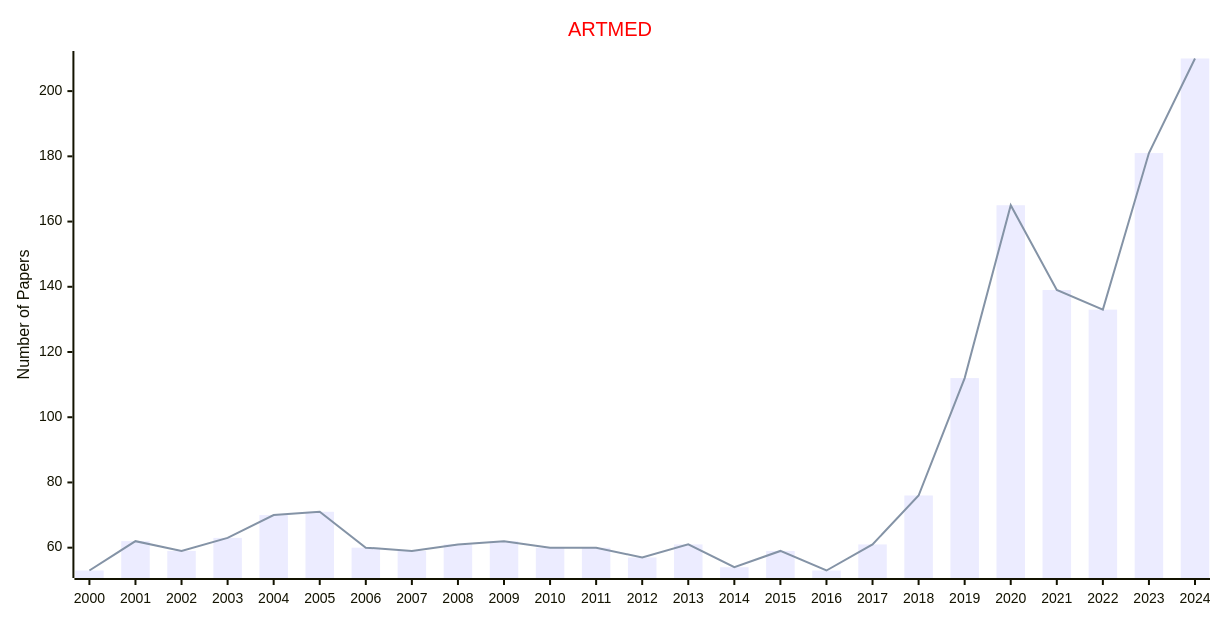
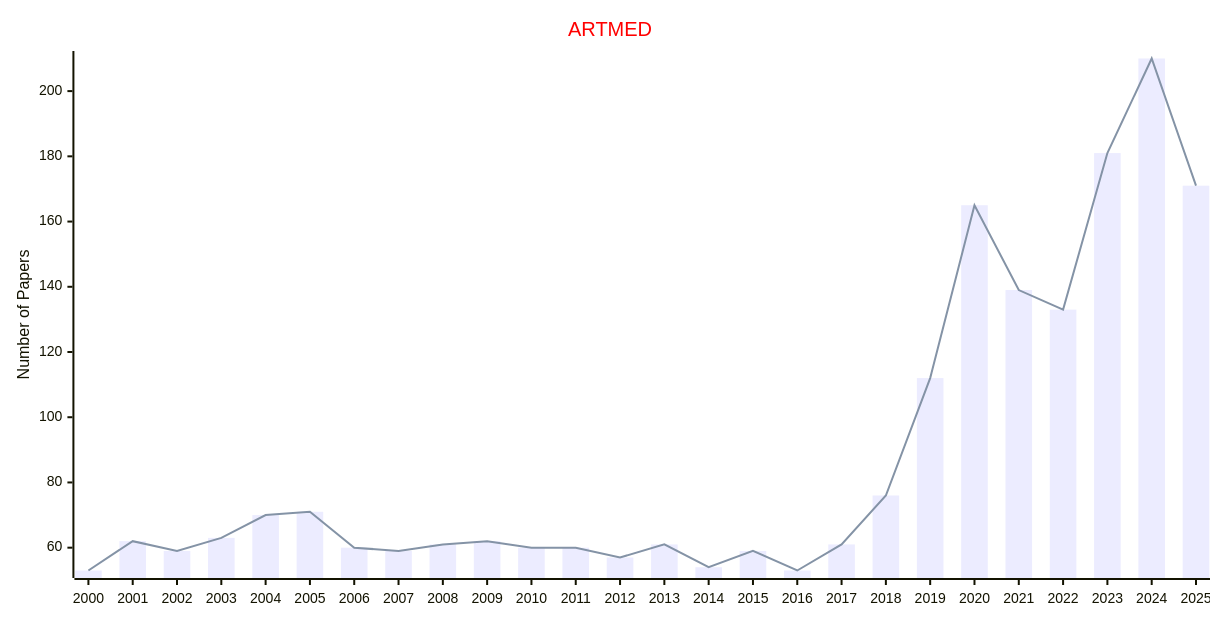
The first of 2 diagrams in docs/data/Journals/Statistics_Journals/Medicine.md (Easy-PhD/AILinks), drawn with Mermaid before and after one commit. The commit also changed other lines of this file and 107 other files, not shown here.

````diff
--- a/docs/data/Journals/Statistics_Journals/Medicine.md
+++ b/docs/data/Journals/Statistics_Journals/Medicine.md
@@ -9,17 +9,17 @@
 ```mermaid
 ---
 config:
     xyChart:
         width: 1200
         height: 600
     themeVariables:
         xyChart:
             titleColor: "#ff0000"
 ---
 xychart-beta
     title "ARTMED"
-    x-axis [2000, 2001, 2002, 2003, 2004, 2005, 2006, 2007, 2008, 2009, 2010, 2011, 2012, 2013, 2014, 2015, 2016, 2017, 2018, 2019, 2020, 2021, 2022, 2023, 2024]
+    x-axis [2000, 2001, 2002, 2003, 2004, 2005, 2006, 2007, 2008, 2009, 2010, 2011, 2012, 2013, 2014, 2015, 2016, 2017, 2018, 2019, 2020, 2021, 2022, 2023, 2024, 2025]
     y-axis "Number of Papers"
-    bar [53, 62, 59, 63, 70, 71, 60, 59, 61, 62, 60, 60, 57, 61, 54, 59, 53, 61, 76, 112, 165, 139, 133, 181, 210]
-    line [53, 62, 59, 63, 70, 71, 60, 59, 61, 62, 60, 60, 57, 61, 54, 59, 53, 61, 76, 112, 165, 139, 133, 181, 210]
+    bar [53, 62, 59, 63, 70, 71, 60, 59, 61, 62, 60, 60, 57, 61, 54, 59, 53, 61, 76, 112, 165, 139, 133, 181, 210, 171]
+    line [53, 62, 59, 63, 70, 71, 60, 59, 61, 62, 60, 60, 57, 61, 54, 59, 53, 61, 76, 112, 165, 139, 133, 181, 210, 171]
 ```
````
